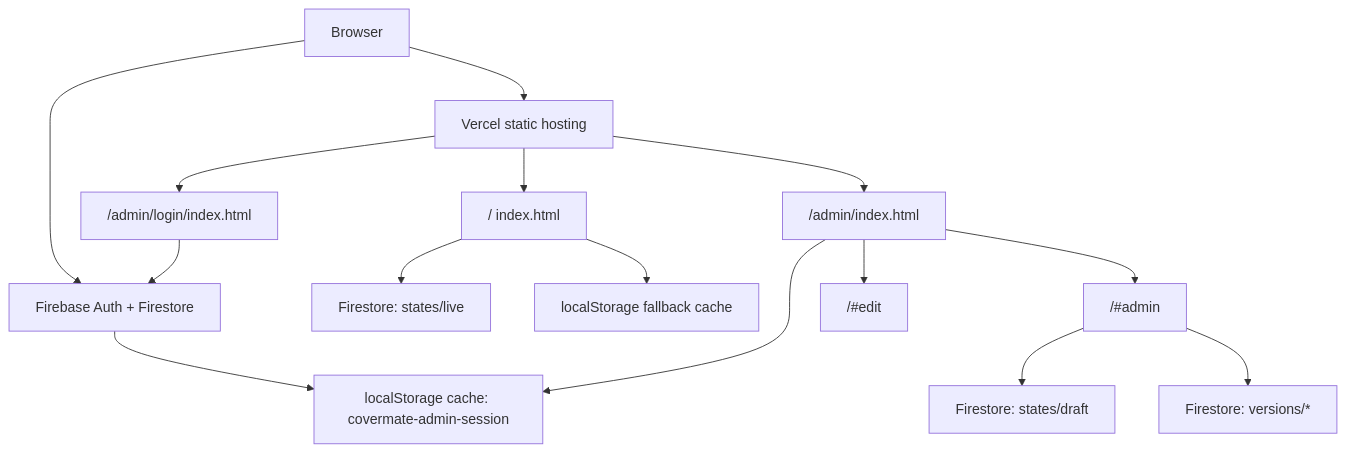
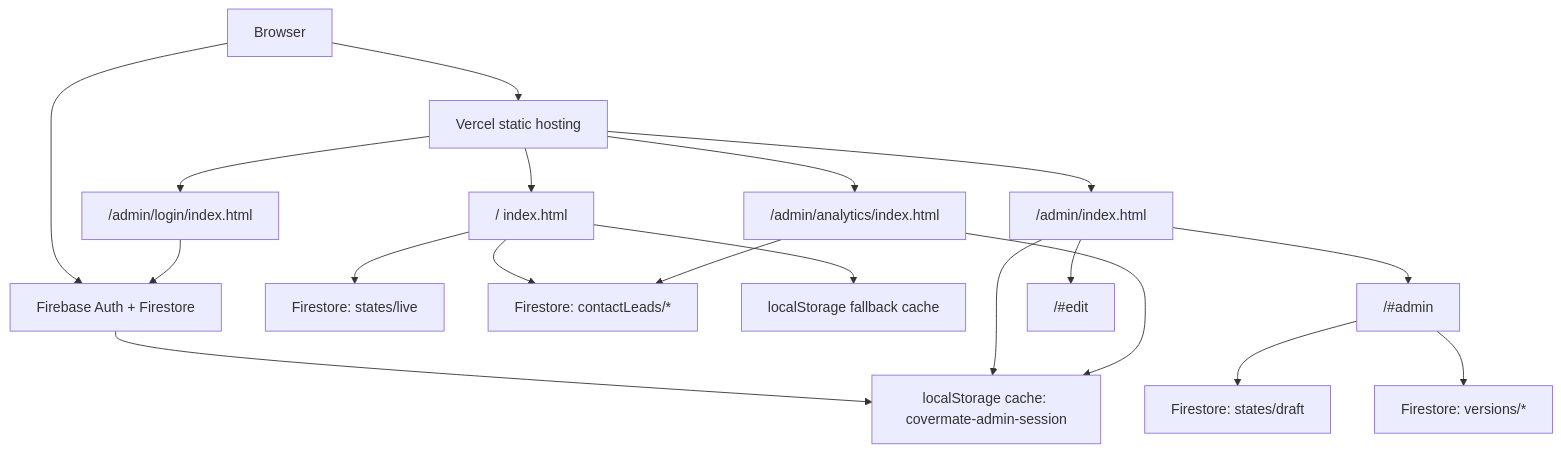
Before and after one commit to purichw/CoverMate: the diagram in docs/ARCHITECTURE.md, drawn with Mermaid. The commit also changed other lines of this file and 24 other files, not shown here.

Commit message:
Add admin analytics and lead capture

````diff
--- a/docs/ARCHITECTURE.md
+++ b/docs/ARCHITECTURE.md
@@ -17,17 +17,21 @@
 ```mermaid
 flowchart TD
   Browser["Browser"] --> Vercel["Vercel static hosting"]
   Vercel --> Public["/ index.html"]
   Vercel --> Login["/admin/login/index.html"]
   Vercel --> Launcher["/admin/index.html"]
+  Vercel --> Analytics["/admin/analytics/index.html"]
   Browser --> Firebase["Firebase Auth + Firestore"]
   Public --> Live["Firestore: states/live"]
+  Public --> Leads["Firestore: contactLeads/*"]
   Public --> Store["localStorage fallback cache"]
   PublicAdmin --> Draft["Firestore: states/draft"]
   PublicAdmin --> Versions["Firestore: versions/*"]
   Login --> Firebase
   Firebase --> Session["localStorage cache: covermate-admin-session"]
   Launcher --> Session
+  Analytics --> Session
+  Analytics --> Leads
   Launcher --> PublicEdit["/#edit"]
   Launcher --> PublicAdmin["/#admin"]
 ```
````
